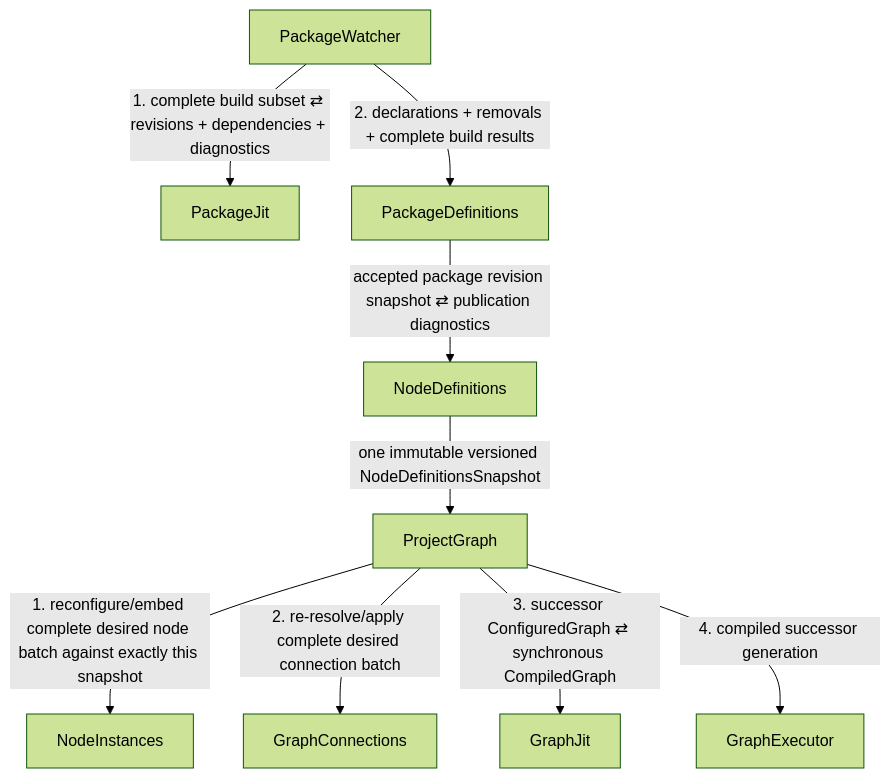
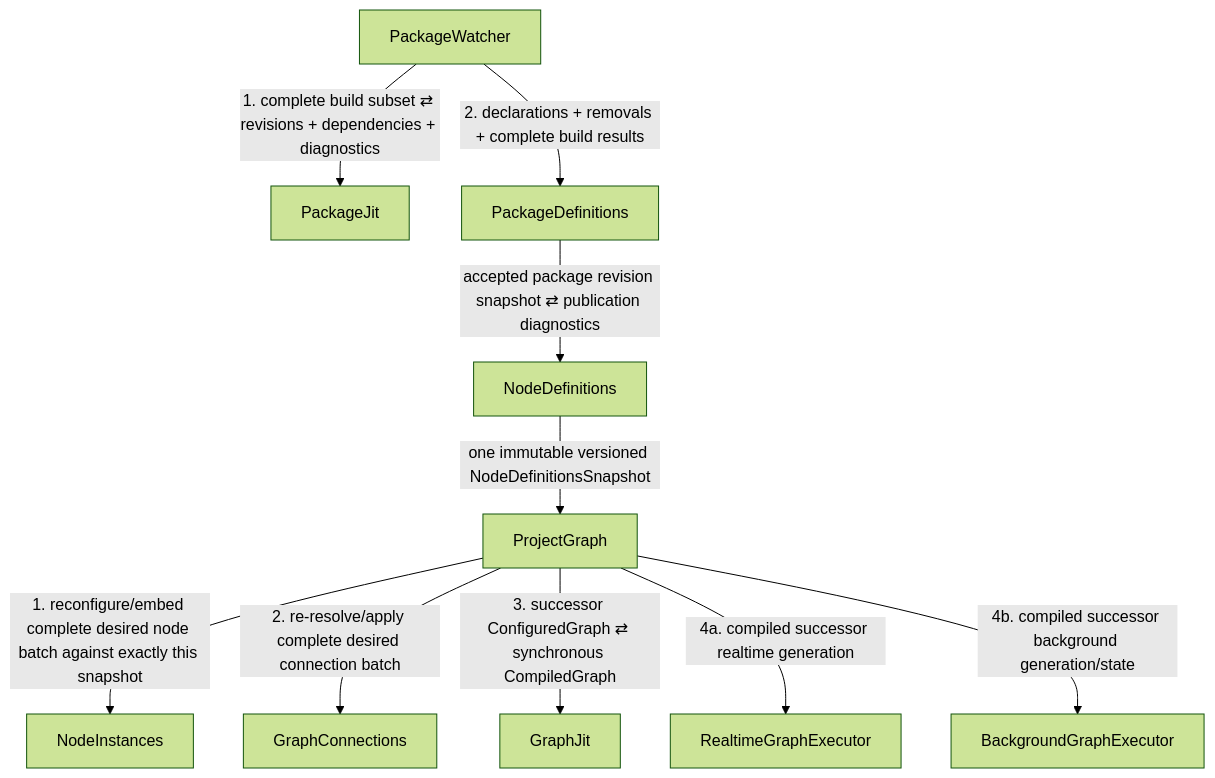
Before and after one commit to ljleb/intravenous: the first of 4 diagrams in docs/event_flows/package_refresh.md, drawn with Mermaid (forest theme). The commit also changed 20 other files, not shown here.

````diff
--- a/docs/event_flows/package_refresh.md
+++ b/docs/event_flows/package_refresh.md
@@ -13,22 +13,24 @@
 ```mermaid
 flowchart TD
     PW["PackageWatcher"]
     PJ["PackageJit"]
     PD["PackageDefinitions"]
     ND["NodeDefinitions"]
     PG["ProjectGraph"]
     NI["NodeInstances"]
     GC["GraphConnections"]
     GJ["GraphJit"]
-    GE["GraphExecutor"]
+    RGE["RealtimeGraphExecutor"]
+    BGE["BackgroundGraphExecutor"]
 
     PW -->|"1. complete build subset ⇄ revisions + dependencies + diagnostics"| PJ
     PW -->|"2. declarations + removals + complete build results"| PD
     PD -->|"accepted package revision snapshot ⇄ publication diagnostics"| ND
     ND -->|"one immutable versioned NodeDefinitionsSnapshot"| PG
 
     PG -->|"1. reconfigure/embed complete desired node batch against exactly this snapshot"| NI
     PG -->|"2. re-resolve/apply complete desired connection batch"| GC
     PG -->|"3. successor ConfiguredGraph ⇄ synchronous CompiledGraph"| GJ
-    PG -->|"4. compiled successor generation"| GE
+    PG -->|"4a. compiled successor realtime generation"| RGE
+    PG -->|"4b. compiled successor background generation/state"| BGE
 ```
````
